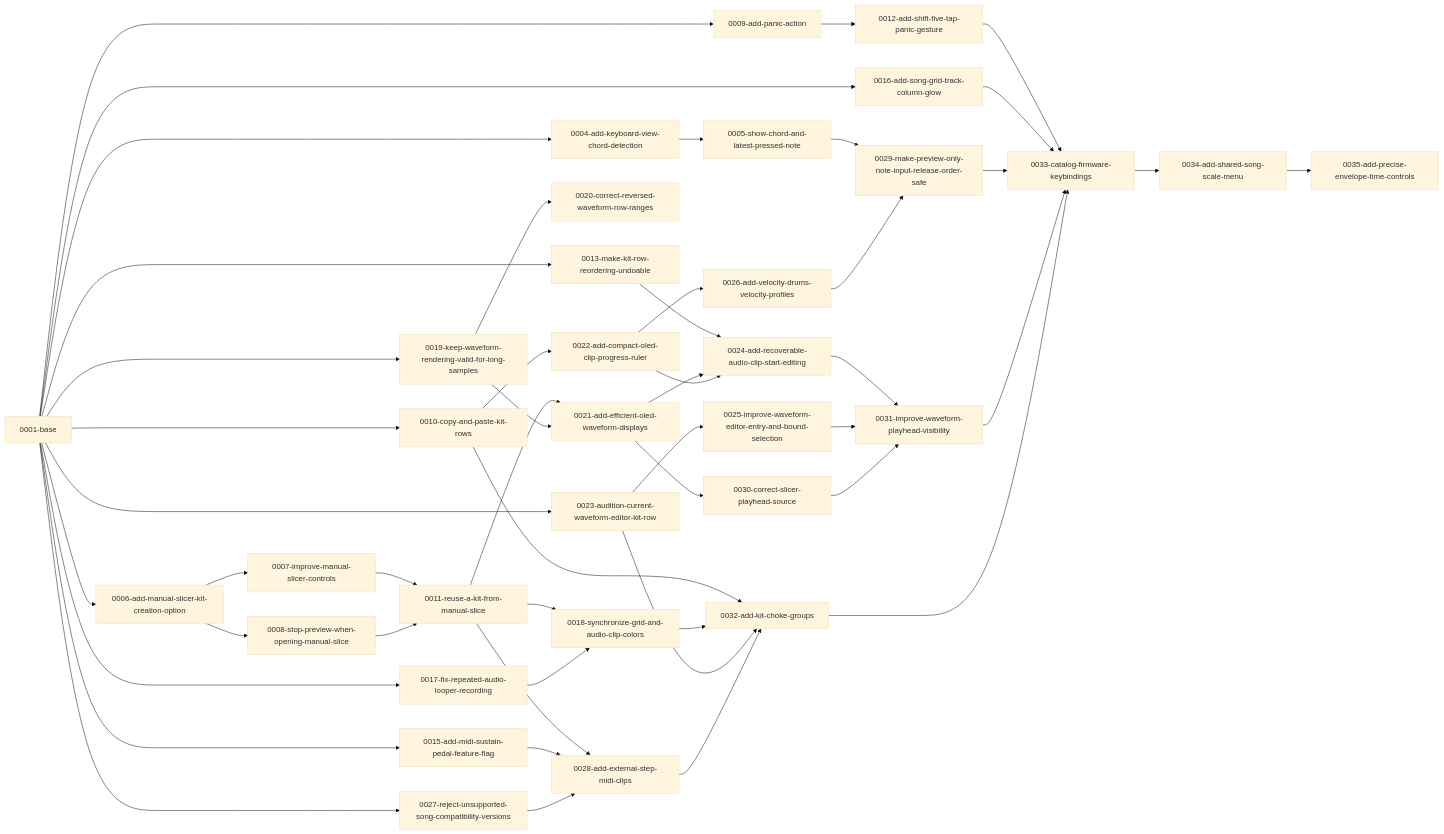
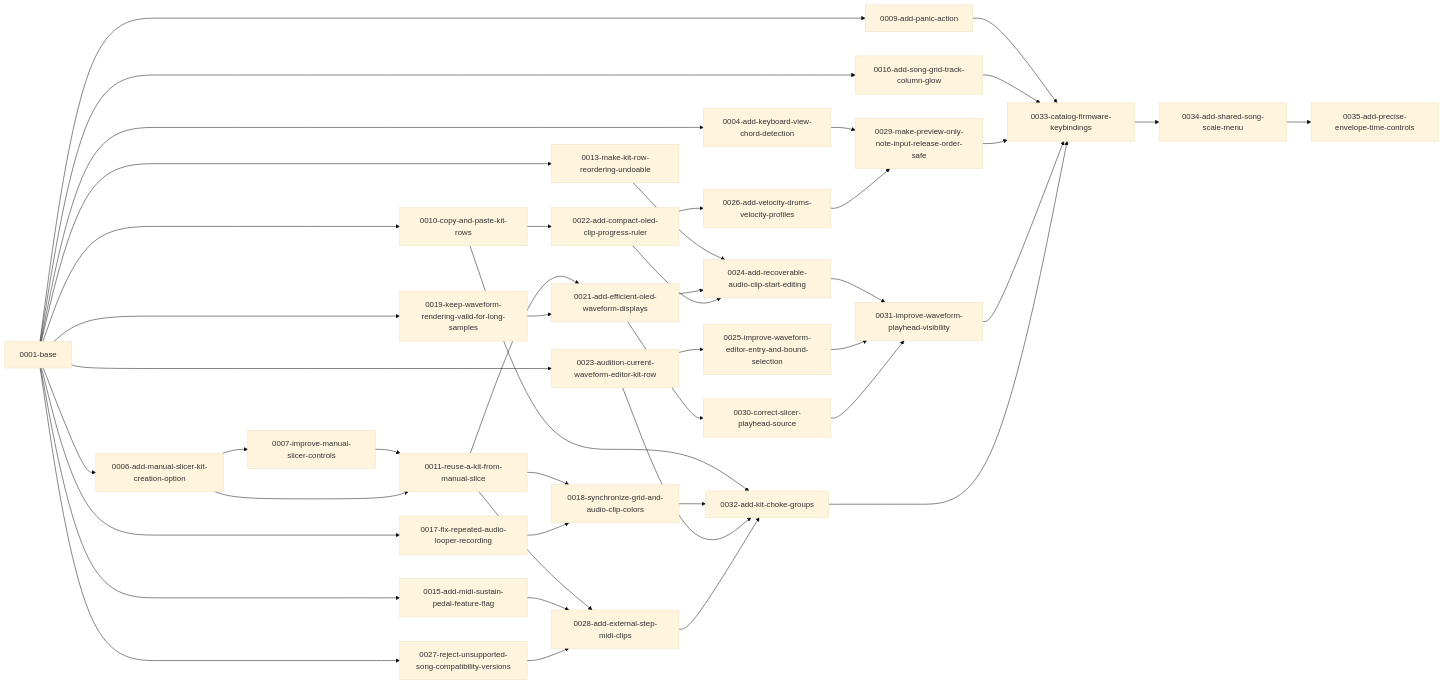
One commit to NonLogicalDev/fork.DelugeFirmware changed the diagram in README.md. Above: the diagram before and after it, drawn with Mermaid (base theme). The commit also changed other lines of this file and 49 other files, not shown here.

````diff
--- a/README.md
+++ b/README.md
@@ -51,82 +51,74 @@
 flowchart LR
   n0["0001-base"]
   n1["0004-add-keyboard-view-chord-detection"]
-  n2["0005-show-chord-and-latest-pressed-note"]
-  n3["0006-add-manual-slicer-kit-creation-option"]
-  n4["0007-improve-manual-slicer-controls"]
-  n5["0008-stop-preview-when-opening-manual-slice"]
-  n6["0009-add-panic-action"]
-  n7["0010-copy-and-paste-kit-rows"]
-  n8["0011-reuse-a-kit-from-manual-slice"]
-  n9["0012-add-shift-five-tap-panic-gesture"]
-  n10["0013-make-kit-row-reordering-undoable"]
-  n11["0015-add-midi-sustain-pedal-feature-flag"]
-  n12["0016-add-song-grid-track-column-glow"]
-  n13["0017-fix-repeated-audio-looper-recording"]
-  n14["0018-synchronize-grid-and-audio-clip-colors"]
-  n15["0019-keep-waveform-rendering-valid-for-long-samples"]
-  n16["0020-correct-reversed-waveform-row-ranges"]
-  n17["0021-add-efficient-oled-waveform-displays"]
-  n18["0022-add-compact-oled-clip-progress-ruler"]
-  n19["0023-audition-current-waveform-editor-kit-row"]
-  n20["0024-add-recoverable-audio-clip-start-editing"]
-  n21["0025-improve-waveform-editor-entry-and-bound-selection"]
-  n22["0026-add-velocity-drums-velocity-profiles"]
-  n23["0027-reject-unsupported-song-compatibility-versions"]
-  n24["0028-add-external-step-midi-clips"]
-  n25["0029-make-preview-only-note-input-release-order-safe"]
-  n26["0030-correct-slicer-playhead-source"]
-  n27["0031-improve-waveform-playhead-visibility"]
-  n28["0032-add-kit-choke-groups"]
-  n29["0033-catalog-firmware-keybindings"]
-  n30["0034-add-shared-song-scale-menu"]
-  n31["0035-add-precise-envelope-time-controls"]
+  n2["0006-add-manual-slicer-kit-creation-option"]
+  n3["0007-improve-manual-slicer-controls"]
+  n4["0009-add-panic-action"]
+  n5["0010-copy-and-paste-kit-rows"]
+  n6["0011-reuse-a-kit-from-manual-slice"]
+  n7["0013-make-kit-row-reordering-undoable"]
+  n8["0015-add-midi-sustain-pedal-feature-flag"]
+  n9["0016-add-song-grid-track-column-glow"]
+  n10["0017-fix-repeated-audio-looper-recording"]
+  n11["0018-synchronize-grid-and-audio-clip-colors"]
+  n12["0019-keep-waveform-rendering-valid-for-long-samples"]
+  n13["0021-add-efficient-oled-waveform-displays"]
+  n14["0022-add-compact-oled-clip-progress-ruler"]
+  n15["0023-audition-current-waveform-editor-kit-row"]
+  n16["0024-add-recoverable-audio-clip-start-editing"]
+  n17["0025-improve-waveform-editor-entry-and-bound-selection"]
+  n18["0026-add-velocity-drums-velocity-profiles"]
+  n19["0027-reject-unsupported-song-compatibility-versions"]
+  n20["0028-add-external-step-midi-clips"]
+  n21["0029-make-preview-only-note-input-release-order-safe"]
+  n22["0030-correct-slicer-playhead-source"]
+  n23["0031-improve-waveform-playhead-visibility"]
+  n24["0032-add-kit-choke-groups"]
+  n25["0033-catalog-firmware-keybindings"]
+  n26["0034-add-shared-song-scale-menu"]
+  n27["0035-add-precise-envelope-time-controls"]
   n0 --> n1
-  n1 --> n2
-  n0 --> n3
-  n3 --> n4
-  n3 --> n5
-  n0 --> n6
+  n0 --> n2
+  n2 --> n3
+  n0 --> n4
+  n0 --> n5
+  n3 --> n6
+  n2 --> n6
   n0 --> n7
-  n4 --> n8
-  n5 --> n8
-  n6 --> n9
+  n0 --> n8
+  n0 --> n9
   n0 --> n10
-  n0 --> n11
+  n6 --> n11
+  n10 --> n11
   n0 --> n12
-  n0 --> n13
-  n8 --> n14
-  n13 --> n14
+  n6 --> n13
+  n12 --> n13
+  n5 --> n14
   n0 --> n15
-  n15 --> n16
-  n8 --> n17
+  n7 --> n16
+  n13 --> n16
+  n14 --> n16
   n15 --> n17
-  n7 --> n18
+  n14 --> n18
   n0 --> n19
-  n10 --> n20
-  n17 --> n20
-  n18 --> n20
-  n19 --> n21
-  n18 --> n22
-  n0 --> n23
-  n8 --> n24
+  n6 --> n20
+  n8 --> n20
+  n19 --> n20
+  n1 --> n21
+  n18 --> n21
+  n13 --> n22
+  n16 --> n23
+  n17 --> n23
+  n22 --> n23
+  n5 --> n24
   n11 --> n24
-  n23 --> n24
-  n2 --> n25
-  n22 --> n25
-  n17 --> n26
-  n20 --> n27
-  n21 --> n27
+  n15 --> n24
+  n20 --> n24
+  n4 --> n25
+  n9 --> n25
+  n21 --> n25
+  n23 --> n25
+  n24 --> n25
+  n25 --> n26
   n26 --> n27
-  n7 --> n28
-  n14 --> n28
-  n19 --> n28
-  n24 --> n28
-  n9 --> n29
-  n12 --> n29
-  n25 --> n29
-  n27 --> n29
-  n28 --> n29
-  n29 --> n30
-  n30 --> n31
 ```
````
